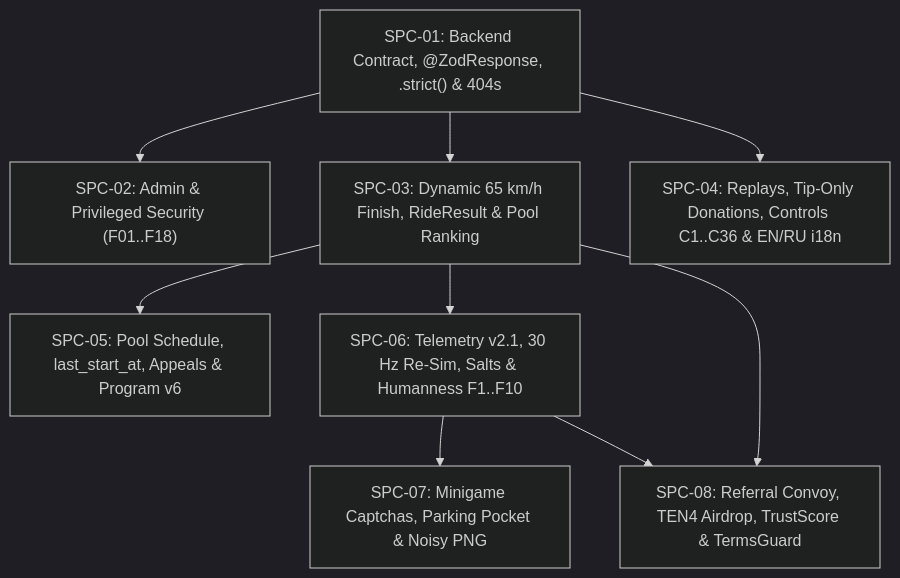
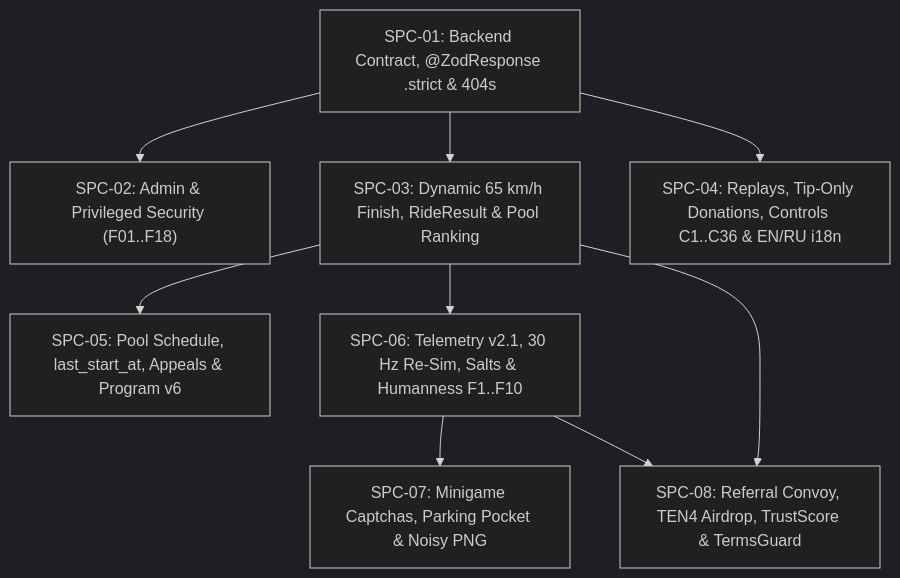
Before and after one commit to recferret-bit/freightchain: the diagram in docs/plan/SPEC_COMPLIANCE_PLAN.md, drawn with Mermaid (dark theme). The commit also changed other lines of this file and 94 other files, not shown here.

````diff
--- a/docs/plan/SPEC_COMPLIANCE_PLAN.md
+++ b/docs/plan/SPEC_COMPLIANCE_PLAN.md
@@ -48,11 +48,11 @@
 ```mermaid
 flowchart TD
-  SPC01["SPC-01: Backend Contract, @ZodResponse, .strict() & 404s"] --> SPC02["SPC-02: Admin & Privileged Security (F01..F18)"]
-  SPC01 --> SPC03["SPC-03: Dynamic 65 km/h Finish, RideResult & Pool Ranking"]
-  SPC01 --> SPC04["SPC-04: Replays, Tip-Only Donations, Controls C1..C36 & EN/RU i18n"]
-  SPC03 --> SPC05["SPC-05: Pool Schedule, last_start_at, Appeals & Program v6"]
-  SPC03 --> SPC06["SPC-06: Telemetry v2.1, 30 Hz Re-Sim, Salts & Humanness F1..F10"]
-  SPC06 --> SPC07["SPC-07: Minigame Captchas, Parking Pocket & Noisy PNG"]
-  SPC03 --> SPC08["SPC-08: Referral Convoy, TEN4 Airdrop, TrustScore & TermsGuard"]
-  SPC06 --> SPC08
+ SPC01["SPC-01: Backend Contract, @ZodResponse .strict & 404s"] --> SPC02["SPC-02: Admin & Privileged Security (F01..F18)"]
+ SPC01 --> SPC03["SPC-03: Dynamic 65 km/h Finish, RideResult & Pool Ranking"]
+ SPC01 --> SPC04["SPC-04: Replays, Tip-Only Donations, Controls C1..C36 & EN/RU i18n"]
+ SPC03 --> SPC05["SPC-05: Pool Schedule, last_start_at, Appeals & Program v6"]
+ SPC03 --> SPC06["SPC-06: Telemetry v2.1, 30 Hz Re-Sim, Salts & Humanness F1..F10"]
+ SPC06 --> SPC07["SPC-07: Minigame Captchas, Parking Pocket & Noisy PNG"]
+ SPC03 --> SPC08["SPC-08: Referral Convoy, TEN4 Airdrop, TrustScore & TermsGuard"]
+ SPC06 --> SPC08
 ```
````
